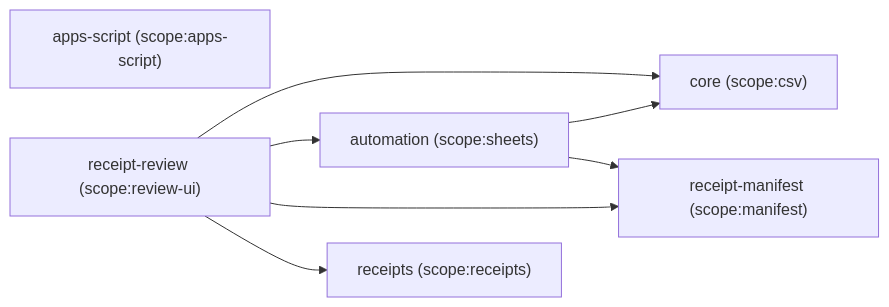
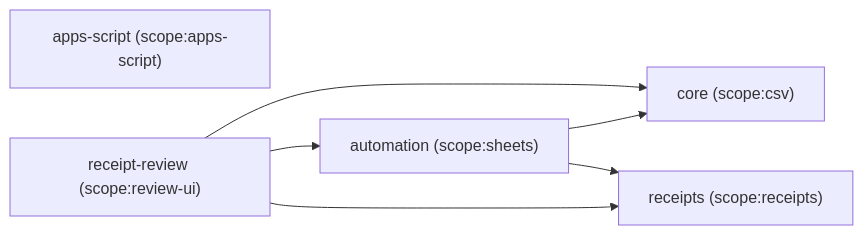
Before and after one commit to vance27/mintCsvConverter: the diagram in CLAUDE.md, drawn with Mermaid. The commit also changed other lines of this file and 17 other files, not shown here.

First line of the commit message:
Delete the receipt-manifest package

````diff
--- a/CLAUDE.md
+++ b/CLAUDE.md
@@ -29,16 +28,14 @@
 ```mermaid
 graph LR
   core["core (scope:csv)"]
-  manifest["receipt-manifest (scope:manifest)"]
   receipts["receipts (scope:receipts)"]
   appsScript["apps-script (scope:apps-script)"]
   automation["automation (scope:sheets)"]
   review["receipt-review (scope:review-ui)"]
 
   automation --> core
-  automation --> manifest
+  automation --> receipts
   review --> core
   review --> automation
-  review --> manifest
   review --> receipts
 ```
````
